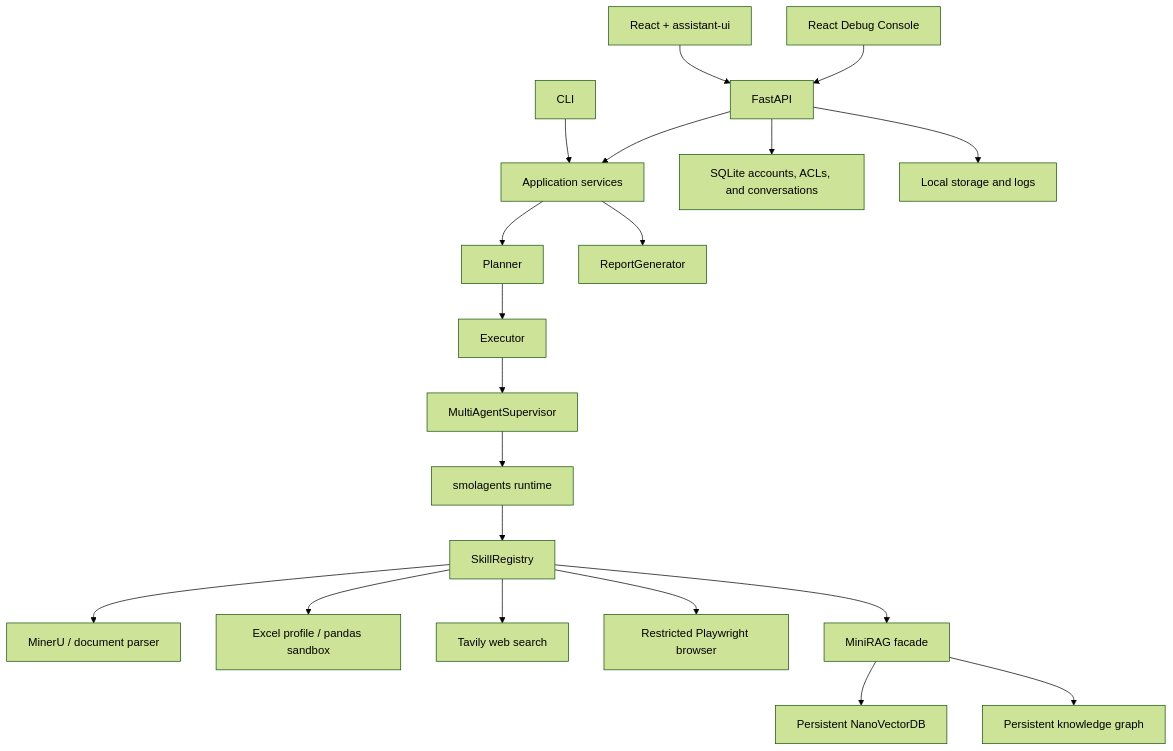
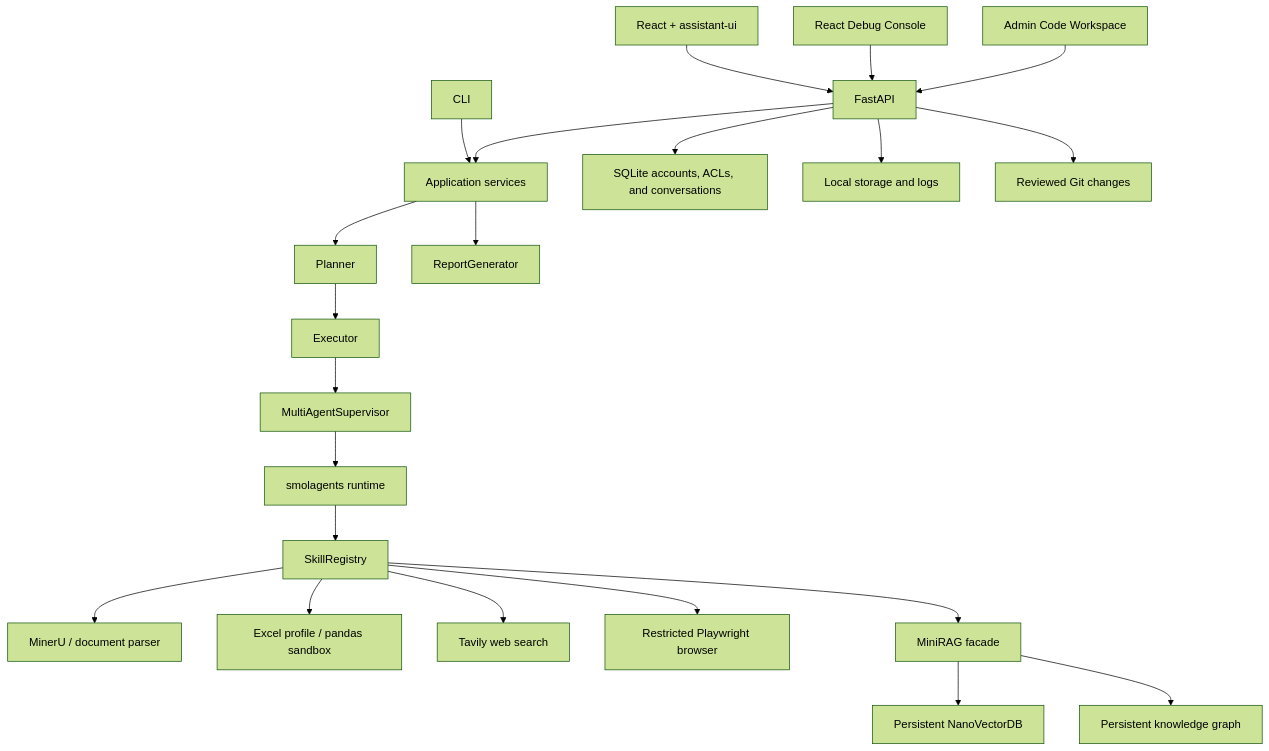
Before and after one commit to eThAN02010506/PersonalAIProject: the diagram in README.md, drawn with Mermaid (forest theme). The commit also changed other lines of this file and 70 other files, not shown here.

Commit message:
feat: harden analysis and add reviewed code workspace

````diff
--- a/README.md
+++ b/README.md
@@ -29,25 +30,27 @@
 ```mermaid
 flowchart TD
     UI["React + assistant-ui"] --> API["FastAPI"]
     DEBUG["React Debug Console"] --> API
+    CODEUI["Admin Code Workspace"] --> API
     CLI["CLI"] --> CORE["Application services"]
     API --> CORE
 
     CORE --> PLAN["Planner"]
     PLAN --> EXEC["Executor"]
     EXEC --> SUP["MultiAgentSupervisor"]
     SUP --> SMOL["smolagents runtime"]
     SMOL --> REG["SkillRegistry"]
 
     REG --> DOC["MinerU / document parser"]
     REG --> XLS["Excel profile / pandas sandbox"]
     REG --> WEB["Tavily web search"]
     REG --> BROWSER["Restricted Playwright browser"]
     REG --> MEM["MiniRAG facade"]
     MEM --> VEC["Persistent NanoVectorDB"]
     MEM --> GRAPH["Persistent knowledge graph"]
 
     CORE --> REPORT["ReportGenerator"]
     API --> SQLITE["SQLite accounts, ACLs, and conversations"]
     API --> STORAGE["Local storage and logs"]
+    API --> CODEREVIEW["Reviewed Git changes"]
 ```
````
